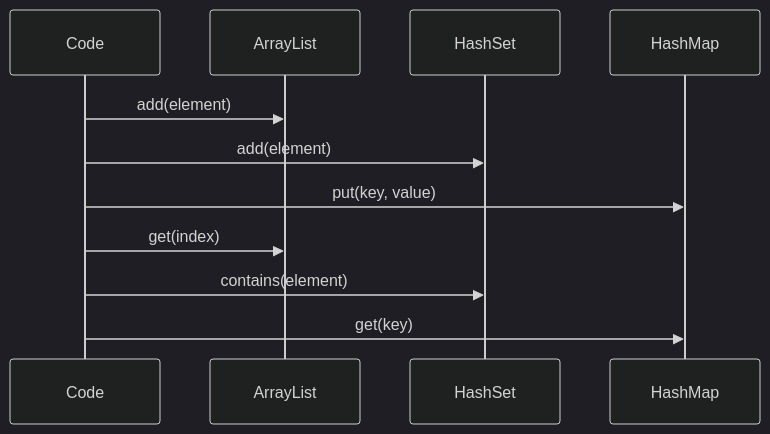
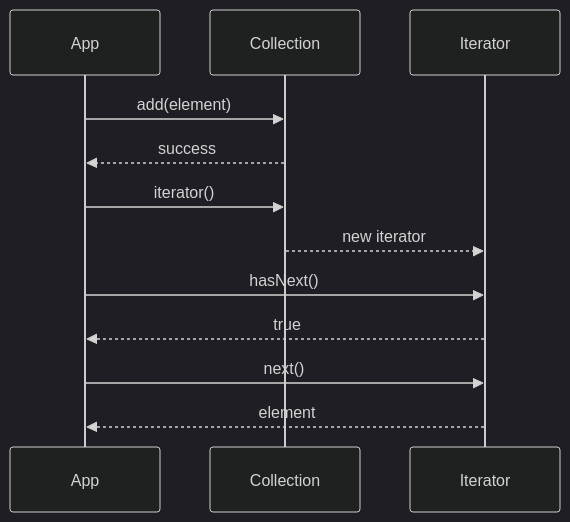
One commit to VrushankPatel/interview-matters changed the diagram in java/collections-framework/README.md. Above: the diagram before and after it, drawn with Mermaid (dark theme). The commit also changed other lines of this file and 8 other files, not shown here.

````diff
--- a/java/collections-framework/README.md
+++ b/java/collections-framework/README.md
@@ -80,14 +130,15 @@
 ```mermaid
 sequenceDiagram
-    participant Code as Code
-    participant List as ArrayList
-    participant Set as HashSet
-    participant Map as HashMap
+    participant App
+    participant Collection
+    participant Iterator
 
-    Code->>List: add(element)
-    Code->>Set: add(element)
-    Code->>Map: put(key, value)
-    Code->>List: get(index)
-    Code->>Set: contains(element)
-    Code->>Map: get(key)
+    App->>Collection: add(element)
+    Collection-->>App: success
+    App->>Collection: iterator()
+    Collection-->>Iterator: new iterator
+    App->>Iterator: hasNext()
+    Iterator-->>App: true
+    App->>Iterator: next()
+    Iterator-->>App: element
 ```
````
